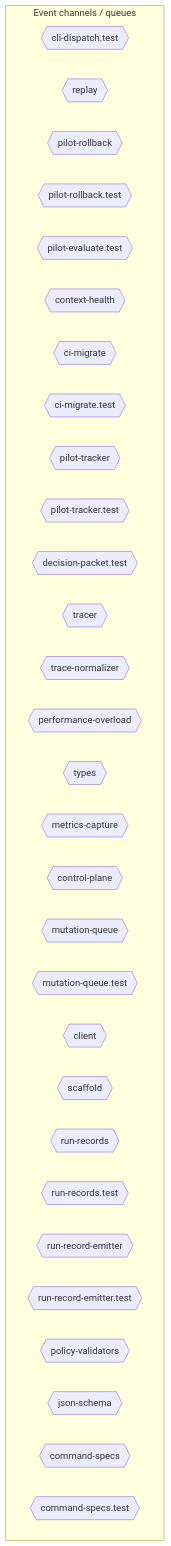
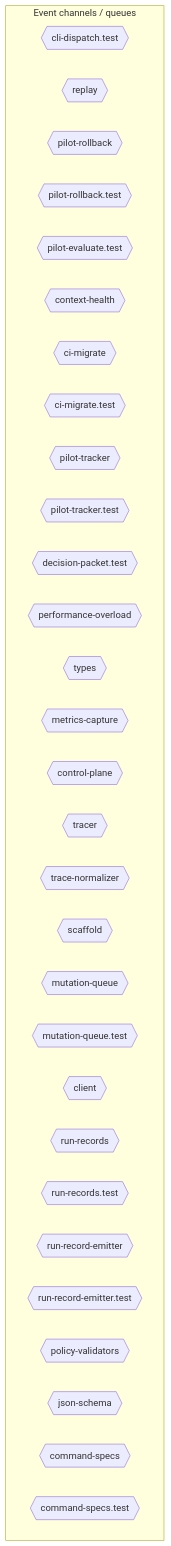
One commit to jscraik/coding-harness changed the sixth of 10 diagrams in AI/context/diagram-context.md. Above: the diagram before and after it, drawn with Mermaid. The commit also changed other lines of this file and 53 other files, not shown here.

````diff
--- a/AI/context/diagram-context.md
+++ b/AI/context/diagram-context.md
@@ -1854,36 +1852,36 @@
 ```mermaid
 flowchart TD
   subgraph Channels["Event channels / queues"]
     cli_dispatch_test_54c9f17b{{"cli-dispatch.test"}}
     replay_ac203c98{{"replay"}}
     pilot_rollback_00c1f82c{{"pilot-rollback"}}
     pilot_rollback_test_e61d5a2b{{"pilot-rollback.test"}}
     pilot_evaluate_test_a2ac06fc{{"pilot-evaluate.test"}}
     context_health_80bb7da9{{"context-health"}}
     ci_migrate_78bb70b1{{"ci-migrate"}}
     ci_migrate_test_2a015bb9{{"ci-migrate.test"}}
     pilot_tracker_5c767813{{"pilot-tracker"}}
     pilot_tracker_test_80398a66{{"pilot-tracker.test"}}
     decision_packet_test_9ea0e97b{{"decision-packet.test"}}
-    tracer_1e6243a2{{"tracer"}}
-    trace_normalizer_cb1be1d2{{"trace-normalizer"}}
     performance_overload_c685bfcf{{"performance-overload"}}
     types_9_1db4641f{{"types"}}
     metrics_capture_1d1a2c08{{"metrics-capture"}}
     control_plane_96826665{{"control-plane"}}
+    tracer_1e6243a2{{"tracer"}}
+    trace_normalizer_cb1be1d2{{"trace-normalizer"}}
+    scaffold_db8a7260{{"scaffold"}}
     mutation_queue_ce5a530e{{"mutation-queue"}}
     mutation_queue_test_10b599e8{{"mutation-queue.test"}}
     client_1_914e1681{{"client"}}
-    scaffold_db8a7260{{"scaffold"}}
     run_records_f616aa7c{{"run-records"}}
     run_records_test_3ee6a0e3{{"run-records.test"}}
     run_record_emitter_00168a3a{{"run-record-emitter"}}
     run_record_emitter_test_5475c0da{{"run-record-emitter.test"}}
     policy_validators_6682e192{{"policy-validators"}}
     json_schema_74a768d7{{"json-schema"}}
     command_specs_69167c63{{"command-specs"}}
     command_specs_test_7f693e85{{"command-specs.test"}}
   end
   classDef eventNode fill:#db2777,color:#fff
 
 ```
````
